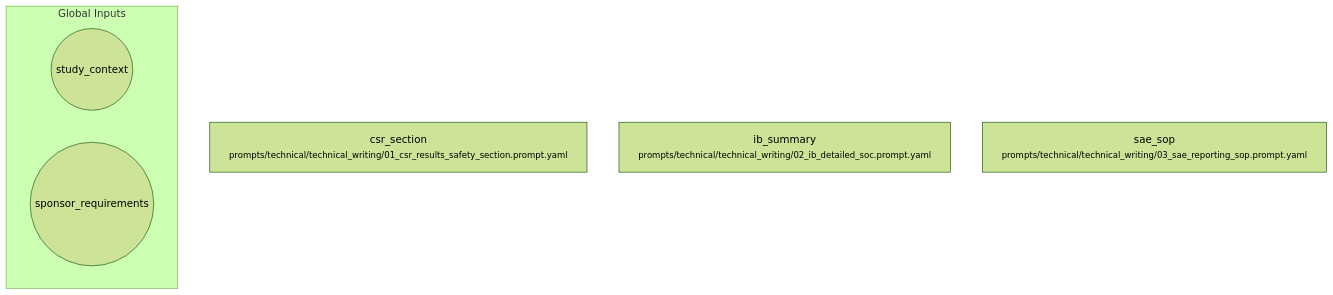
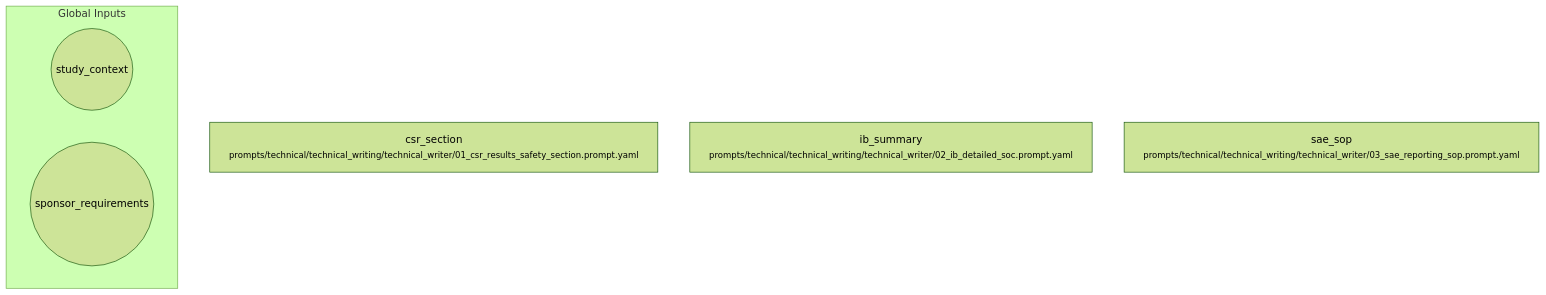
Before and after one commit to fderuiter/proompts: the diagram in workflows/technical/technical_writer.workflow.md, drawn with Mermaid (forest theme). The commit also changed 31 other files, not shown here.

````diff
--- a/workflows/technical/technical_writer.workflow.md
+++ b/workflows/technical/technical_writer.workflow.md
@@ -7,10 +7,10 @@
 ```mermaid
 flowchart TD
     subgraph Inputs [Global Inputs]
         inp_study_context((study_context))
         inp_sponsor_requirements((sponsor_requirements))
     end
-    csr_section["csr_section<br/><small>prompts/technical/technical_writing/01_csr_results_safety_section.prompt.yaml</small>"]
-    ib_summary["ib_summary<br/><small>prompts/technical/technical_writing/02_ib_detailed_soc.prompt.yaml</small>"]
-    sae_sop["sae_sop<br/><small>prompts/technical/technical_writing/03_sae_reporting_sop.prompt.yaml</small>"]
+    csr_section["csr_section<br/><small>prompts/technical/technical_writing/technical_writer/01_csr_results_safety_section.prompt.yaml</small>"]
+    ib_summary["ib_summary<br/><small>prompts/technical/technical_writing/technical_writer/02_ib_detailed_soc.prompt.yaml</small>"]
+    sae_sop["sae_sop<br/><small>prompts/technical/technical_writing/technical_writer/03_sae_reporting_sop.prompt.yaml</small>"]
 ```
````
